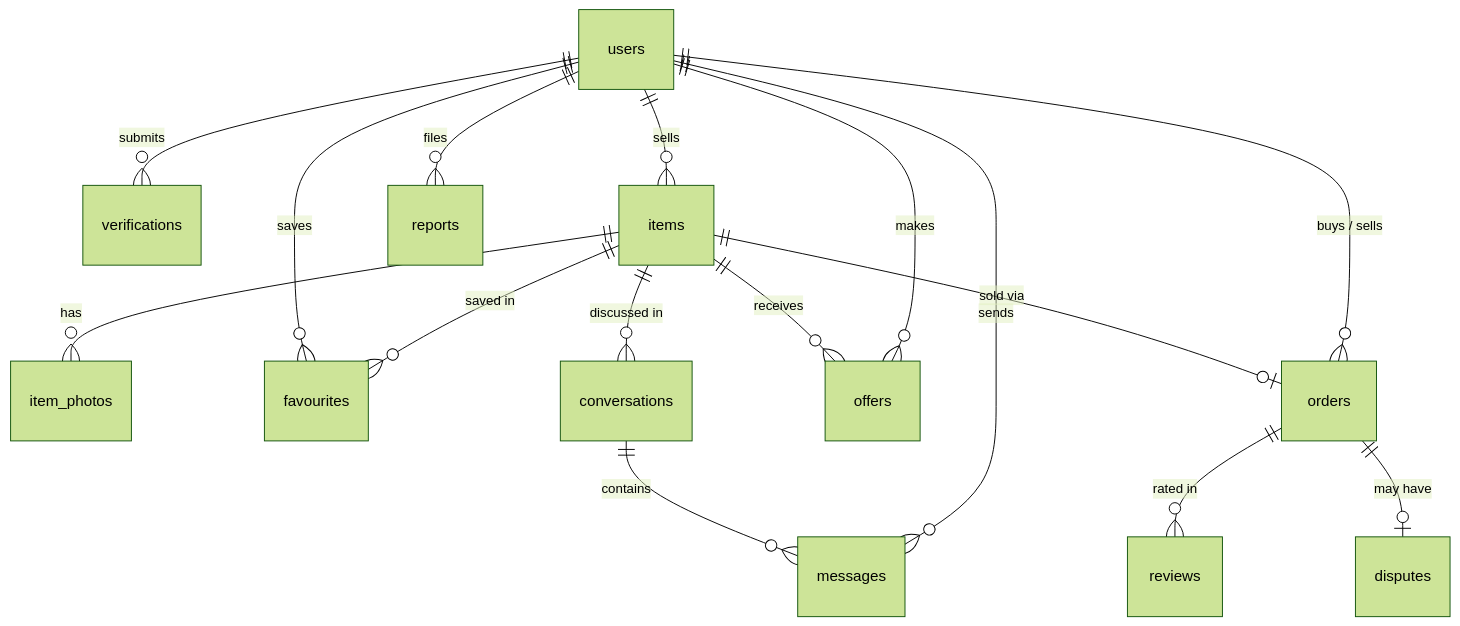
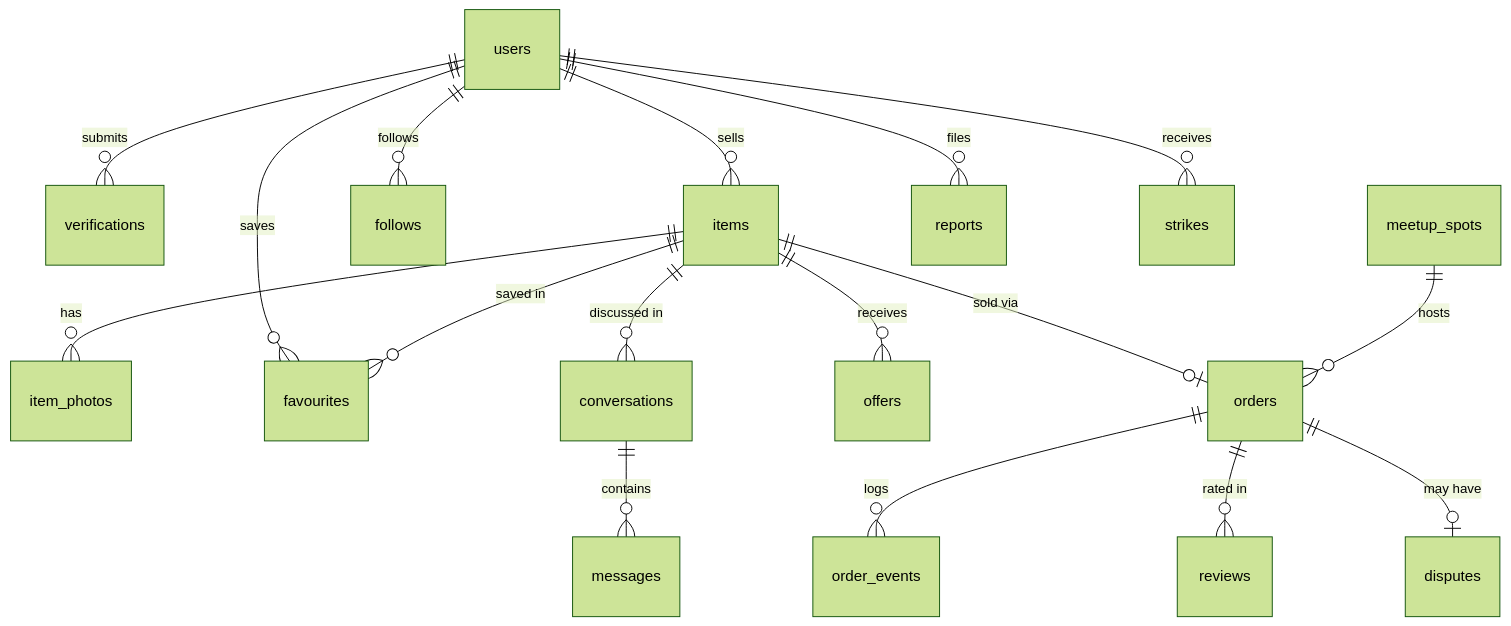
The fourth of 6 diagrams in README.md (Sphellep04/Rehang), drawn with Mermaid (forest theme) before and after one commit. The commit also changed other lines of this file and 24 other files, not shown here.

First line of the commit message:
Expand plan to v2 with full docs and fixed timeline

````diff
--- a/README.md
+++ b/README.md
@@ -380,18 +418,19 @@
 ```mermaid
 erDiagram
     users ||--o{ verifications : submits
     users ||--o{ items : sells
     items ||--o{ item_photos : has
     users ||--o{ favourites : saves
     items ||--o{ favourites : "saved in"
+    users ||--o{ follows : follows
     items ||--o{ conversations : "discussed in"
     conversations ||--o{ messages : contains
-    users ||--o{ messages : sends
     items ||--o{ offers : receives
-    users ||--o{ offers : makes
     items ||--o| orders : "sold via"
-    users ||--o{ orders : "buys / sells"
+    orders ||--o{ order_events : logs
+    meetup_spots ||--o{ orders : hosts
     orders ||--o{ reviews : "rated in"
     orders ||--o| disputes : "may have"
     users ||--o{ reports : files
+    users ||--o{ strikes : receives
 ```
````
